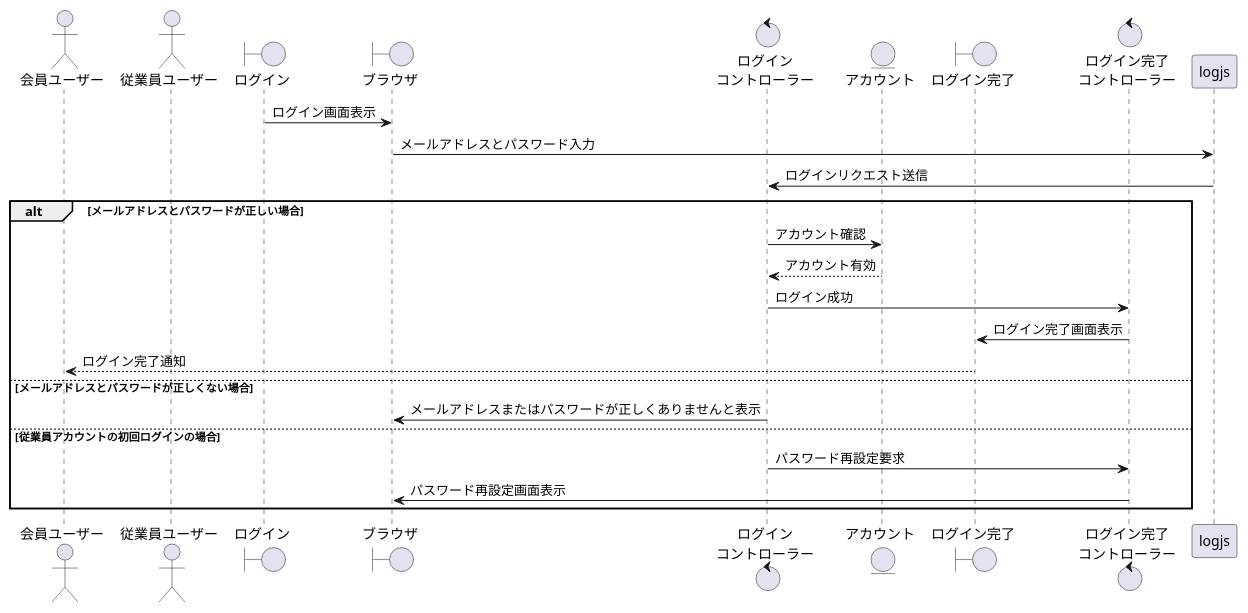
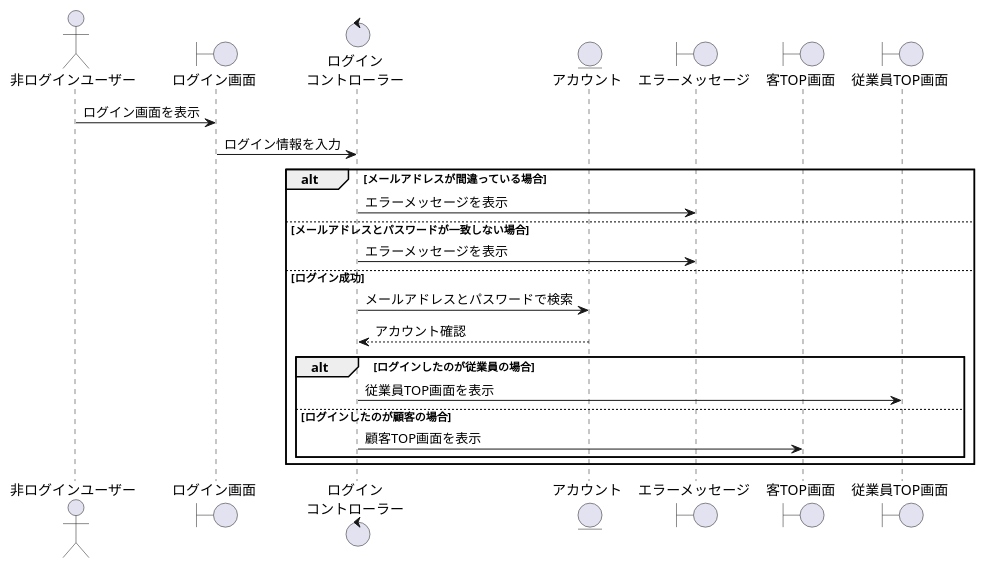
The diagram in BBショップ/ログイン.wsd (ysyk-wtnb16/team_D), drawn with PlantUML before and after one commit.

Commit message:
修正

```diff
--- a/BBショップ/ログイン.wsd
+++ b/BBショップ/ログイン.wsd
@@ -1,28 +1,29 @@
 @startuml login
-actor "会員ユーザー" as kaiin_user
-actor "従業員ユーザー" as juugyouin_user
-boundary "ログイン" as log
-boundary "ブラウザ" as brz
+actor "非ログインユーザー" as nonlogin
+boundary "ログイン画面" as log
 control "ログイン\nコントローラー" as logc
 entity "アカウント" as account
-boundary "ログイン完了" as logk
-control "ログイン完了\nコントローラー" as logc2
+boundary "エラーメッセージ" as error
+boundary "客TOP画面" as cust_top
+boundary "従業員TOP画面" as emp_top
+ 
+nonlogin -> log: ログイン画面を表示
 
-log -> brz: ログイン画面表示
-brz -> logjs: メールアドレスとパスワード入力
-logjs -> logc: ログインリクエスト送信
+log -> logc: ログイン情報を入力
  
-alt メールアドレスとパスワードが正しい場合
-    logc -> account: アカウント確認
-    account --> logc: アカウント有効
-    logc -> logc2: ログイン成功
-    logc2 -> logk: ログイン完了画面表示
-    logk --> kaiin_user: ログイン完了通知
-else メールアドレスとパスワードが正しくない場合
-    logc -> brz: メールアドレスまたはパスワードが正しくありませんと表示
-else 従業員アカウントの初回ログインの場合
-    logc -> logc2: パスワード再設定要求
-    logc2 -> brz: パスワード再設定画面表示
+ 
+alt メールアドレスが間違っている場合
+    logc -> error: エラーメッセージを表示
+else メールアドレスとパスワードが一致しない場合
+    logc -> error: エラーメッセージを表示
+else ログイン成功
+    
+    logc -> account: メールアドレスとパスワードで検索
+    account --> logc: アカウント確認
+    alt ログインしたのが従業員の場合
+        logc -> emp_top: 従業員TOP画面を表示
+    else ログインしたのが顧客の場合
+        logc -> cust_top: 顧客TOP画面を表示
+    end
 end
- 
 @enduml
```
